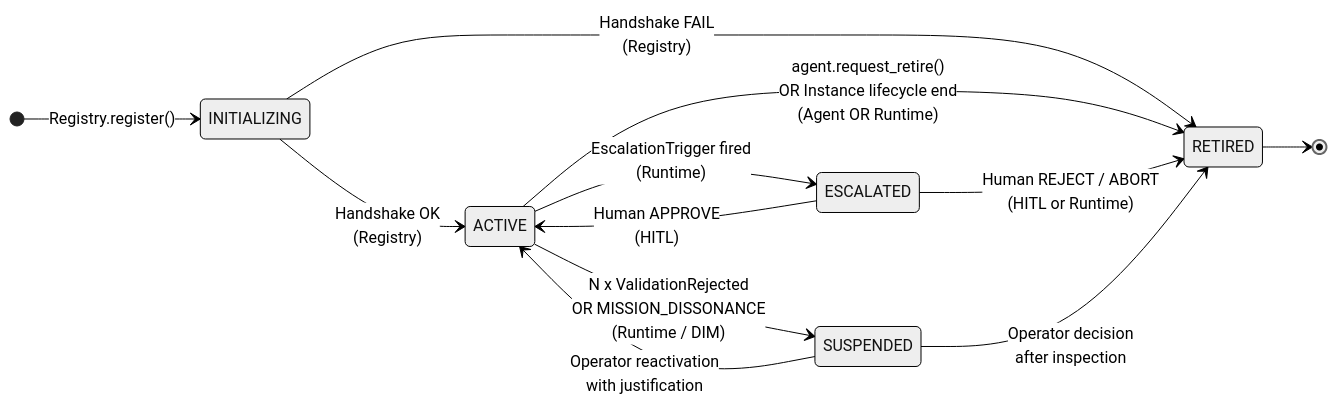
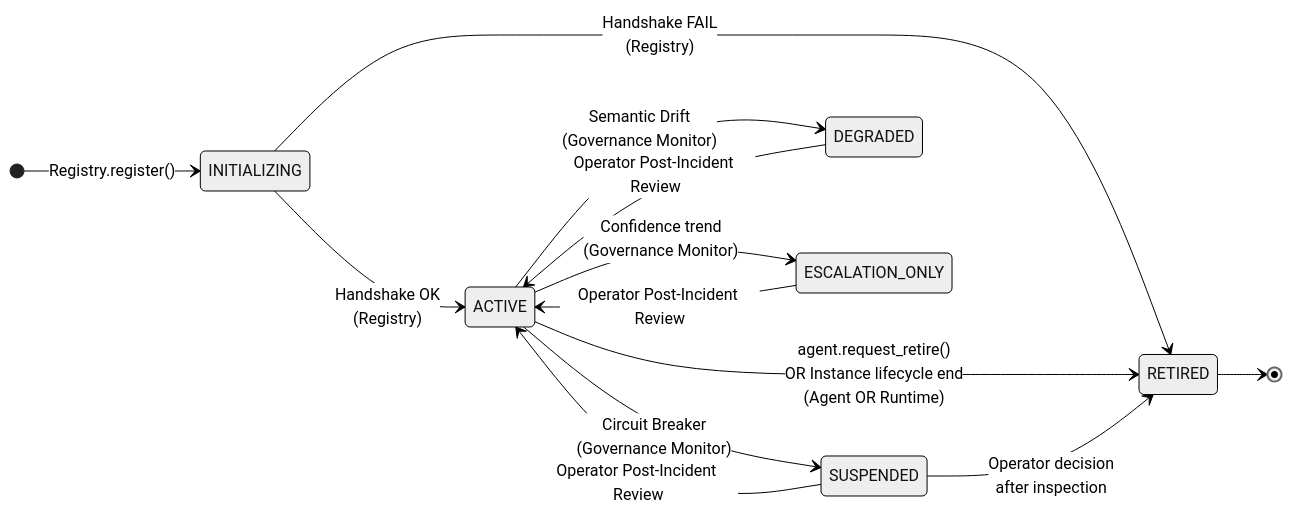
One commit to huka81/decision-intelligence-runtime changed the seventh of 21 diagrams in docs/07-dir-minified/DIR-minified.md. Above: the diagram before and after it, drawn with Mermaid (neutral theme). The commit also changed other lines of this file and 5 other files, not shown here.

````diff
--- a/docs/07-dir-minified/DIR-minified.md
+++ b/docs/07-dir-minified/DIR-minified.md
@@ -813,15 +815,16 @@
 ```mermaid
 stateDiagram-v2
     direction LR
     [*] --> INITIALIZING : Registry.register()
     INITIALIZING --> ACTIVE : Handshake OK<br>(Registry)
     INITIALIZING --> RETIRED : Handshake FAIL<br>(Registry)
-    ACTIVE --> SUSPENDED : N x ValidationRejected<br>OR MISSION_DISSONANCE<br>(Runtime / DIM)
-    ACTIVE --> ESCALATED : EscalationTrigger fired<br>(Runtime)
+    ACTIVE --> SUSPENDED : Circuit Breaker<br>(Governance Monitor)
+    ACTIVE --> DEGRADED : Semantic Drift<br>(Governance Monitor)
+    ACTIVE --> ESCALATION_ONLY : Confidence trend<br>(Governance Monitor)
     ACTIVE --> RETIRED : agent.request_retire()<br>OR Instance lifecycle end<br>(Agent OR Runtime)
-    ESCALATED --> ACTIVE : Human APPROVE<br>(HITL)
-    ESCALATED --> RETIRED : Human REJECT / ABORT<br>(HITL or Runtime)
-    SUSPENDED --> ACTIVE : Operator reactivation<br>with justification
+    SUSPENDED --> ACTIVE : Operator Post-Incident Review
+    DEGRADED --> ACTIVE : Operator Post-Incident Review
+    ESCALATION_ONLY --> ACTIVE : Operator Post-Incident Review
     SUSPENDED --> RETIRED : Operator decision<br>after inspection
     RETIRED --> [*]
 ```
````
